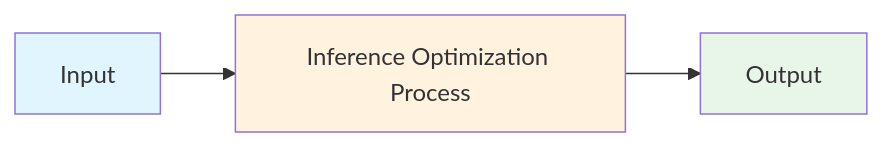
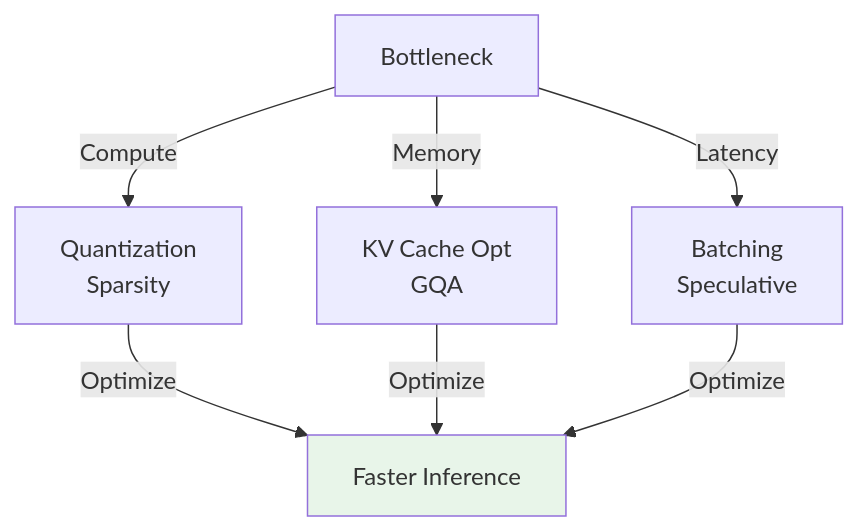
One commit to souradeepta/interviewprep-ai changed the first of 2 diagrams in llm/concepts/inference-optimization.md. Above: the diagram before and after it, drawn with Mermaid. The commit also changed other lines of this file and 33 other files, not shown here.

````diff
--- a/llm/concepts/inference-optimization.md
+++ b/llm/concepts/inference-optimization.md
@@ -115,9 +115,10 @@
 ```mermaid
-graph LR
-    A["Input"] --> B["Inference Optimization Process"]
-    B --> C["Output"]
-
-    style A fill:#e1f5ff
-    style B fill:#fff3e0
-    style C fill:#e8f5e9
+graph TD
+    A["Bottleneck"] -->|Compute| B["Quantization<br/>Sparsity"]
+    A -->|Memory| C["KV Cache Opt<br/>GQA"]
+    A -->|Latency| D["Batching<br/>Speculative"]
+    B -->|Optimize| E["Faster Inference"]
+    C -->|Optimize| E
+    D -->|Optimize| E
+    style E fill:#e8f5e9
 ```
````
